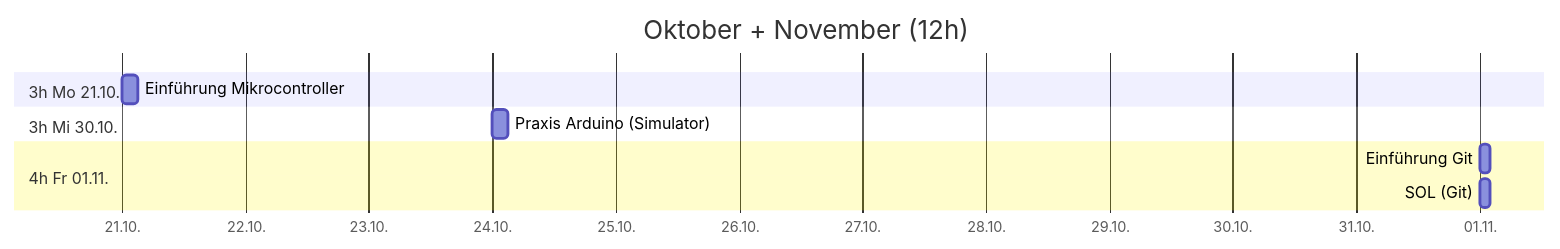
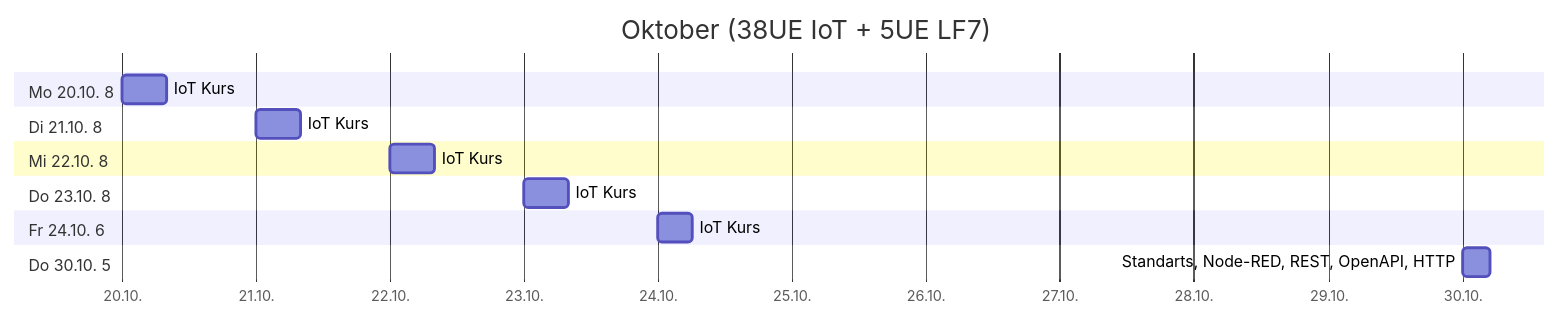
One commit to jonasnemeth/LF7 changed the second of 6 diagrams in src/plan.md. Above: the diagram before and after it, drawn with Mermaid. The commit also changed other lines of this file and 6 other files, not shown here.

````diff
--- a/src/plan.md
+++ b/src/plan.md
@@ -19,13 +22,18 @@
 ```mermaid
 gantt
- title Oktober + November (12h)
+ title Oktober (38UE IoT + 5UE LF7)
  dateFormat YYYY-MM-DD
  axisFormat %d.%m.
- section 3h Mo 21.10.
-  Einführung Mikrocontroller  :2024-10-21, 3h
- section 3h Mi 30.10.
-  Praxis Arduino (Simulator)  :2024-10-24, 3h
- section 4h Fr 01.11.
-  Einführung Git              :2024-11-01, 2h
-  SOL (Git)                   :2024-11-01, 2h
+ section Mo 20.10. 8
+  IoT Kurs                    :2025-10-20, 8h
+ section Di 21.10. 8
+  IoT Kurs                    :2025-10-21, 8h
+ section Mi 22.10. 8
+  IoT Kurs                    :2025-10-22, 8h
+ section Do 23.10. 8
+  IoT Kurs                    :2025-10-23, 8h
+ section Fr 24.10. 6
+  IoT Kurs                    :2025-10-24, 6h
+ section Do 30.10. 5
+  Standarts, Node-RED, REST, OpenAPI, HTTP  :2025-10-30, 5h
 ```
````
